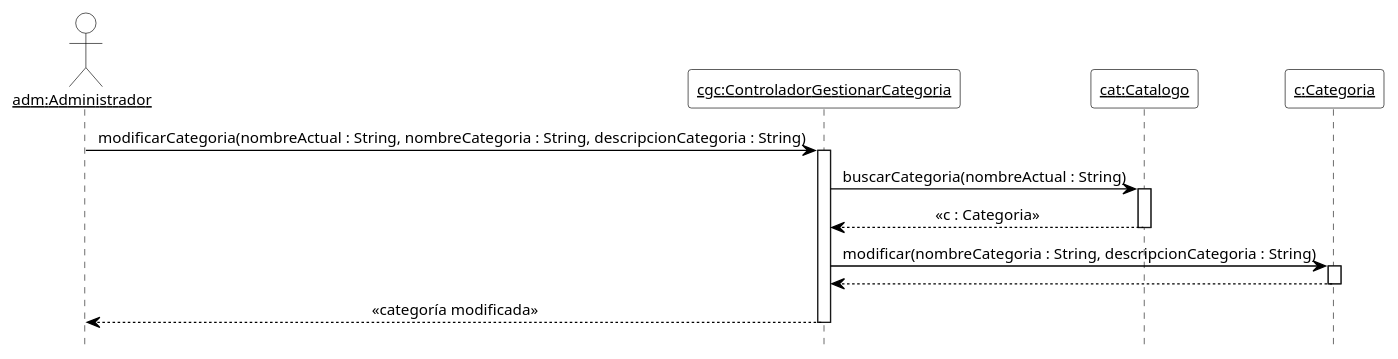
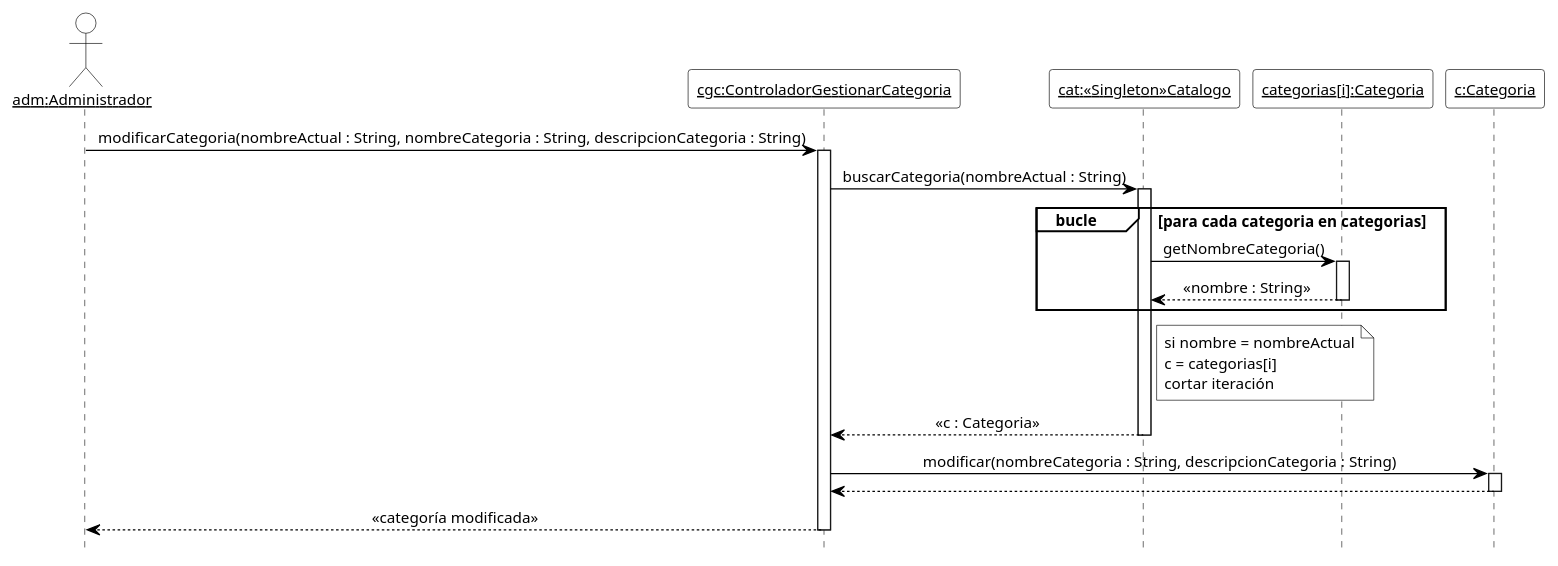
The sixth of 17 diagrams in 08-Diagrama De Secuencia/Diagramas_de_Secuencia.md (cirotop/Stock-Project), drawn with PlantUML before and after one commit. The commit also changed other lines of this file and 36 other files, not shown here.

````diff
--- a/08-Diagrama De Secuencia/Diagramas_de_Secuencia.md
+++ b/08-Diagrama De Secuencia/Diagramas_de_Secuencia.md
@@ -379,36 +425,48 @@
 ```plantuml
 @startuml DSD_CU-03_modificarCategoria
 ' Diagrama de Secuencia de Diseño (DSD) - CU-03 Gestionar categoría - modificarCategoria
 ' Estilo de los ejemplos de la teoría (introducirArticulo / crearNuevaVenta).
 hide footbox
 skinparam shadowing false
 skinparam defaultFontName Arial
 skinparam defaultFontSize 12
 skinparam sequenceMessageAlign center
 skinparam ArrowColor black
 skinparam ParticipantBackgroundColor white
 skinparam ParticipantBorderColor black
+skinparam CollectionsBackgroundColor white
+skinparam CollectionsBorderColor black
 skinparam ActorBackgroundColor white
 skinparam ActorBorderColor black
 skinparam LifeLineBorderColor black
 skinparam LifeLineBackgroundColor white
 skinparam SequenceGroupBackgroundColor white
 skinparam SequenceGroupBorderColor black
 skinparam SequenceGroupHeaderFontColor black
 skinparam NoteBackgroundColor white
 skinparam NoteBorderColor black
 
 actor "<u>adm:Administrador</u>" as adm
 participant "<u>cgc:ControladorGestionarCategoria</u>" as cgc
-participant "<u>cat:Catalogo</u>" as cat
+participant "<u>cat:«Singleton»Catalogo</u>" as cat
+participant "<u>categorias[i]:Categoria</u>" as ci
 participant "<u>c:Categoria</u>" as c
 
 adm -> cgc ++ : modificarCategoria(nombreActual : String, nombreCategoria : String, descripcionCategoria : String)
 cgc -> cat ++ : buscarCategoria(nombreActual : String)
+group bucle [para cada categoria en categorias]
+  cat -> ci ++ : getNombreCategoria()
+  ci --> cat -- : «nombre : String»
+end
+note right of cat
+  si nombre = nombreActual
+  c = categorias[i]
+  cortar iteración
+end note
 cat --> cgc -- : «c : Categoria»
 cgc -> c ++ : modificar(nombreCategoria : String, descripcionCategoria : String)
 c --> cgc --
 cgc --> adm -- : «categoría modificada»
 
 @enduml
 ```
````
